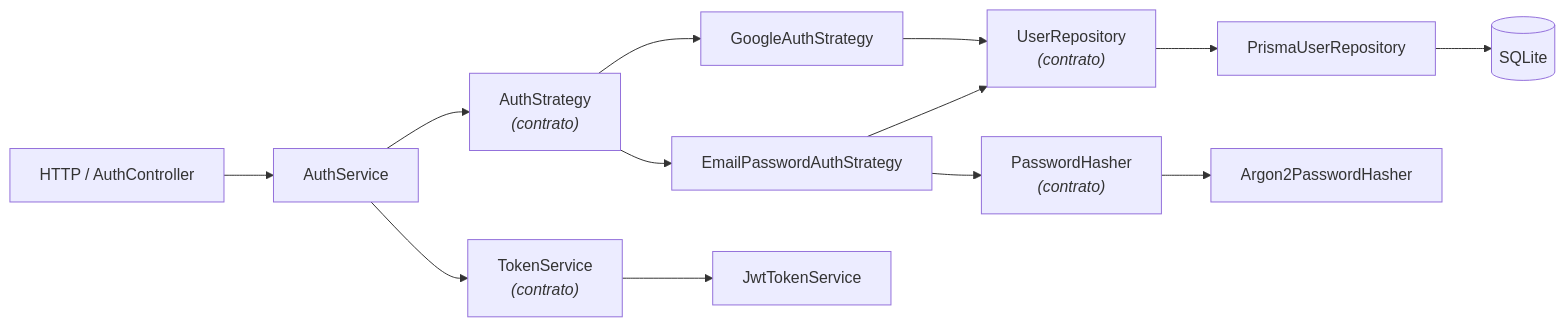
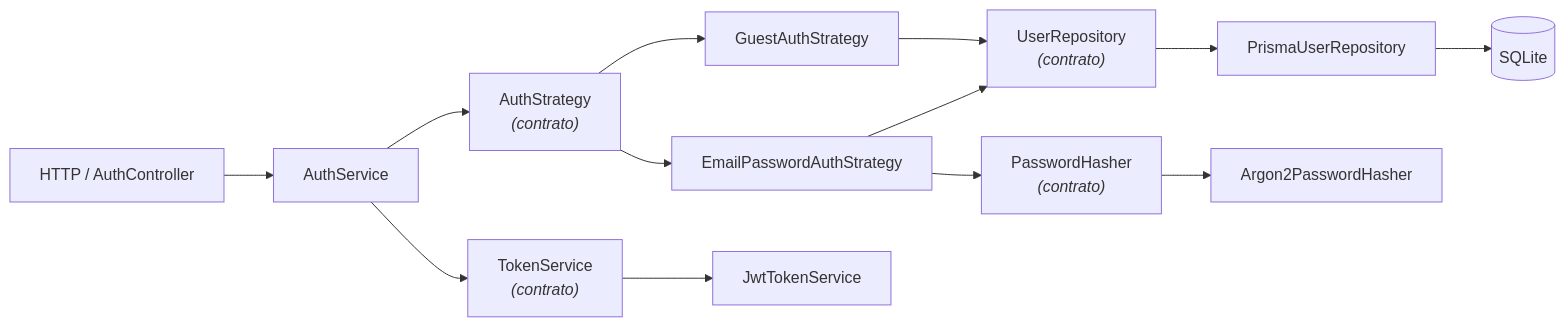
One commit to thaliaoliveira-tech/ESDM-autenticacao-com-SOLID changed the second of 4 diagrams in backend/docs/architecture.md. Above: the diagram before and after it, drawn with Mermaid. The commit also changed other lines of this file and 141 other files, not shown here.

````diff
--- a/backend/docs/architecture.md
+++ b/backend/docs/architecture.md
@@ -31,15 +35,15 @@
 ```mermaid
 flowchart LR
     HTTP["HTTP / AuthController"] --> AUTH["AuthService"]
     AUTH --> STRATEGY["AuthStrategy<br/><i>(contrato)</i>"]
     STRATEGY --> EMAIL["EmailPasswordAuthStrategy"]
-    STRATEGY --> GOOGLE["GoogleAuthStrategy"]
+    STRATEGY --> GUEST["GuestAuthStrategy"]
     EMAIL --> USERS["UserRepository<br/><i>(contrato)</i>"]
     EMAIL --> HASH["PasswordHasher<br/><i>(contrato)</i>"]
-    GOOGLE --> USERS
+    GUEST --> USERS
     AUTH --> TOKEN["TokenService<br/><i>(contrato)</i>"]
     USERS --> PRISMA["PrismaUserRepository"]
     HASH --> ARGON["Argon2PasswordHasher"]
     TOKEN --> JWT["JwtTokenService"]
     PRISMA --> SQLITE[("SQLite")]
 ```
````
